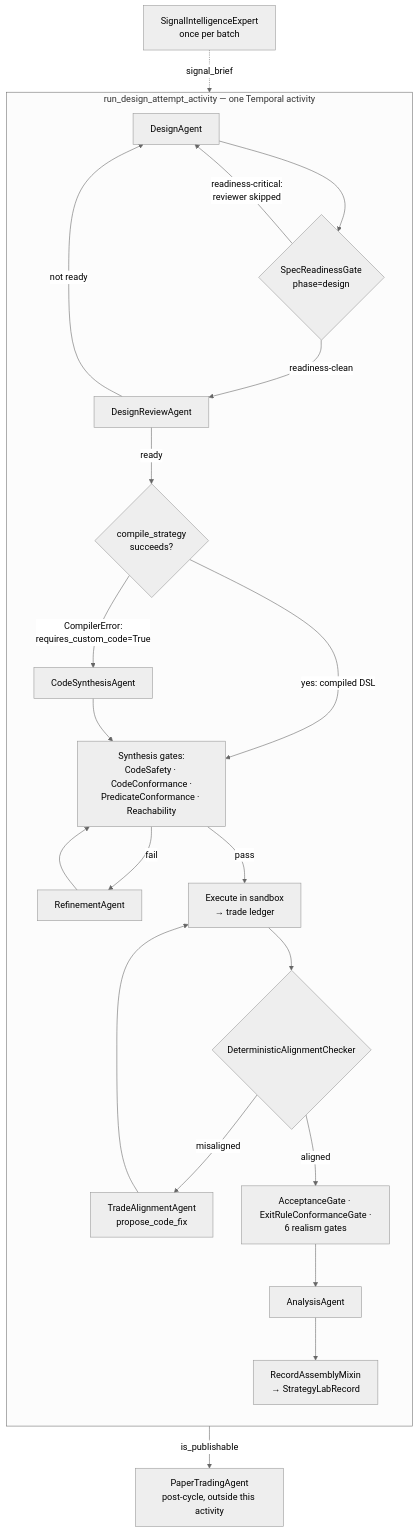
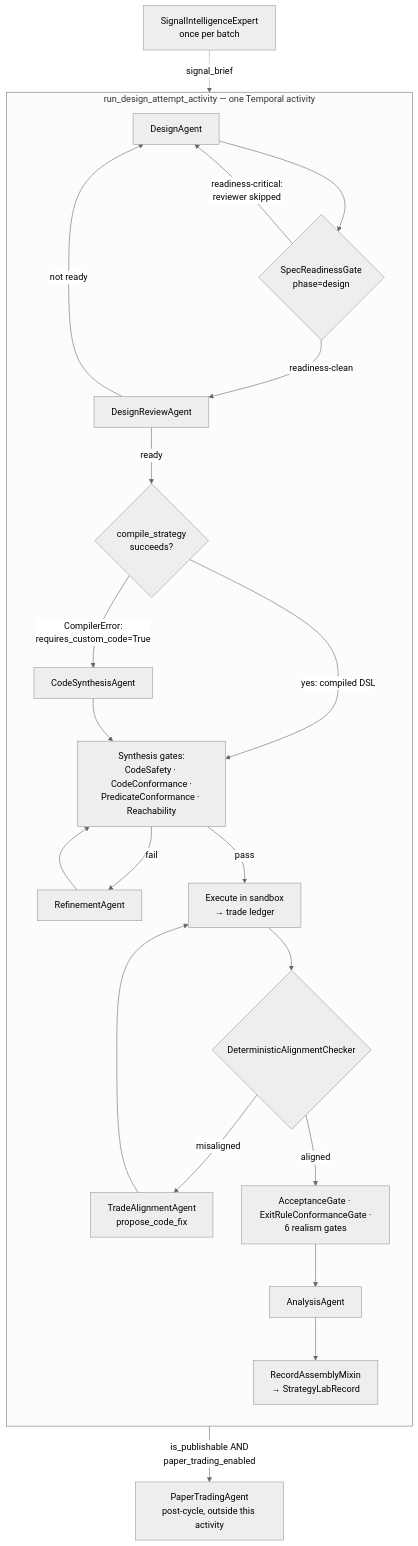
Before and after one commit to brandonkindred/Khala-Agentic-AI-Teams: the diagram in backend/agents/investment_team/system_design/generation_pipeline.md, drawn with Mermaid (neutral theme). The commit also changed 2 other files, not shown here.

Commit message:
docs(investment): fix three more review findings in Strategy Lab docs
- Scope the SignalIntelligenceExpert container-diagram label to "once
  per batch-workflow invocation" with the mid-batch resume caveat,
  matching the qualification already made elsewhere.
- Interleave the batch sequence diagram's design-attempt LLM calls
  with the deterministic compile/execute steps instead of showing
  them as one up-front exchange: design/review precedes synthesis,
  refinement follows a gate/execution failure, alignment needs the
  produced trade ledger, and analysis follows verification.
- Gate the paper-trading edge (both the "at a glance" flowchart and
  the sequence diagram's opt block) on paper_trading_enabled as well
  as is_publishable, since _finalize_strategy_lab_cycle_record skips
  paper trading for a publishable winner when the run disabled it.

````diff
--- a/backend/agents/investment_team/system_design/generation_pipeline.md
+++ b/backend/agents/investment_team/system_design/generation_pipeline.md
@@ -376,28 +376,28 @@
 ```mermaid
 flowchart TB
     subgraph attempt["run_design_attempt_activity — one Temporal activity"]
         direction TB
         D[DesignAgent] --> RG1{SpecReadinessGate<br/>phase=design}
         RG1 -->|readiness-clean| DR[DesignReviewAgent]
         RG1 -->|readiness-critical:<br/>reviewer skipped| D
         DR -->|ready| CS
         DR -->|not ready| D
         CS{compile_strategy<br/>succeeds?}
         CS -->|yes: compiled DSL| SYN
         CS -->|CompilerError:<br/>requires_custom_code=True| CSA[CodeSynthesisAgent]
         CSA --> SYN
         SYN[Synthesis gates:<br/>CodeSafety · CodeConformance ·<br/>PredicateConformance · Reachability]
         SYN -->|fail| RF[RefinementAgent]
         RF --> SYN
         SYN -->|pass| BT[Execute in sandbox<br/>→ trade ledger]
         BT --> AL{DeterministicAlignmentChecker}
         AL -->|misaligned| TAA[TradeAlignmentAgent<br/>propose_code_fix]
         TAA --> BT
         AL -->|aligned| VER[AcceptanceGate · ExitRuleConformanceGate ·<br/>6 realism gates]
         VER --> AN[AnalysisAgent]
         AN --> REC[RecordAssemblyMixin<br/>→ StrategyLabRecord]
     end
 
     SIE[SignalIntelligenceExpert<br/>once per batch] -.->|signal_brief| D
-    REC -->|is_publishable| PTA[PaperTradingAgent<br/>post-cycle, outside this activity]
+    REC -->|"is_publishable AND<br/>paper_trading_enabled"| PTA[PaperTradingAgent<br/>post-cycle, outside this activity]
 ```
````
